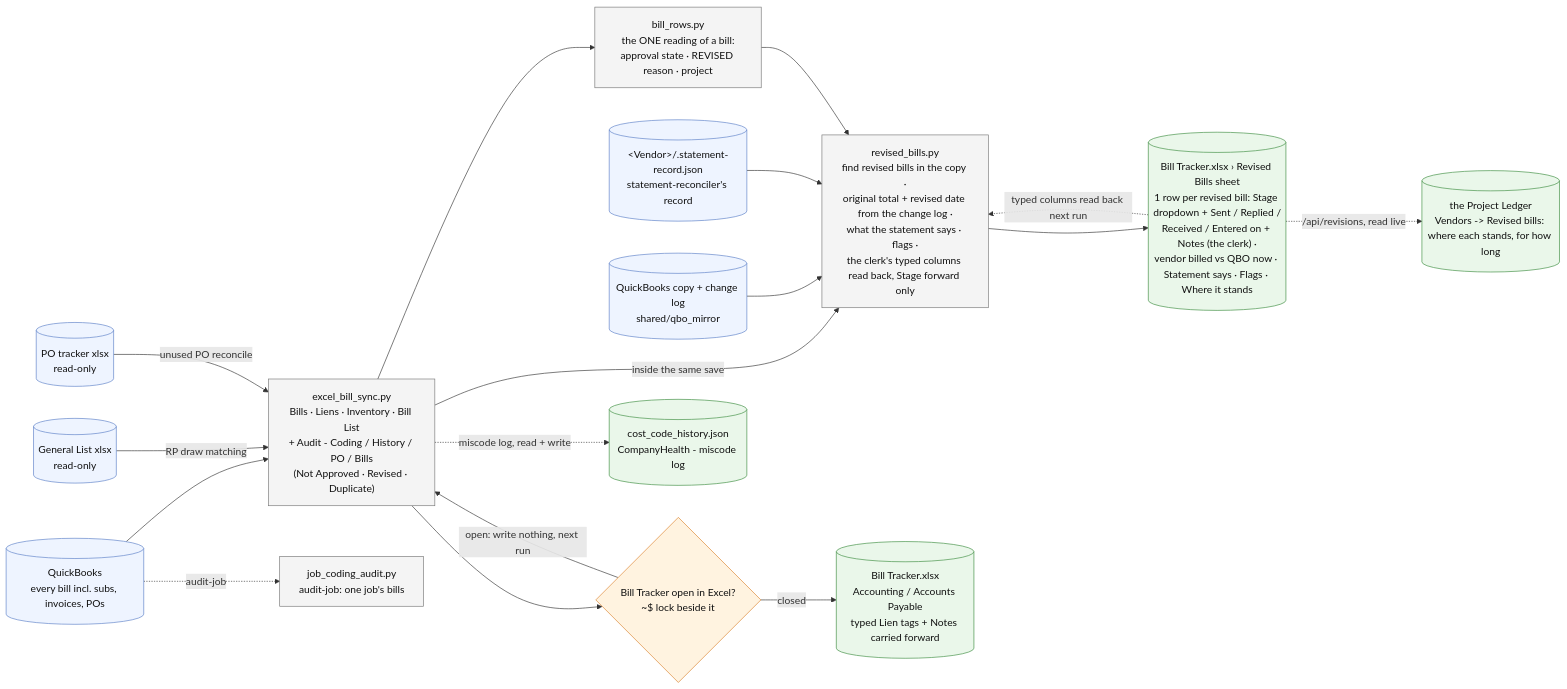
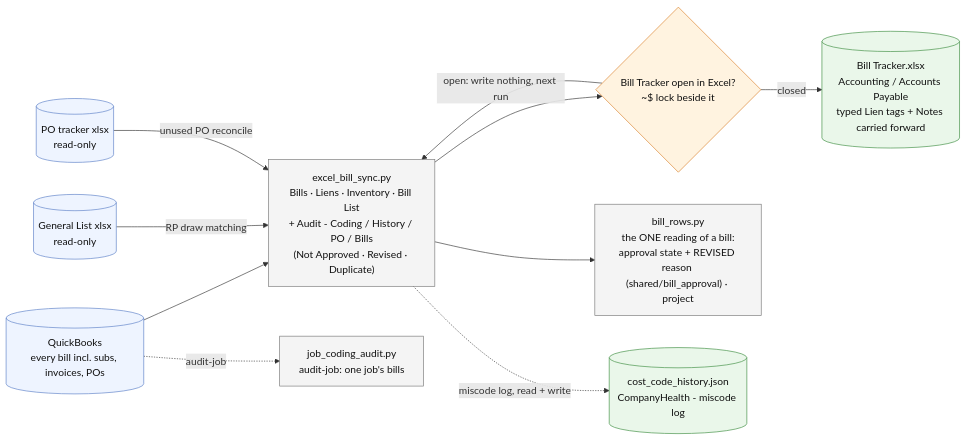
One commit to Ecarlo-Proficient/Claude-Report changed the diagram in bill-tracker/FLOW.md. Above: the diagram before and after it, drawn with Mermaid. The commit also changed other lines of this file and 18 other files, not shown here.

````diff
--- a/bill-tracker/FLOW.md
+++ b/bill-tracker/FLOW.md
@@ -8,40 +8,28 @@
 ```mermaid
 flowchart LR
     classDef src fill:#eef4ff,stroke:#5b7fc7,color:#111
     classDef tool fill:#f4f4f4,stroke:#777,color:#111
     classDef gate fill:#fff3e0,stroke:#d9822b,color:#111
     classDef out fill:#eaf7ea,stroke:#3c8d40,color:#111
 
     QBO[("QuickBooks<br/>every bill incl. subs, invoices, POs")]:::src
-    MIR[("QuickBooks copy + change log<br/>shared/qbo_mirror")]:::src
     GL[("General List xlsx<br/>read-only")]:::src
     POT[("PO tracker xlsx<br/>read-only")]:::src
-    SREC[("&lt;Vendor&gt;/.statement-record.json<br/>statement-reconciler's record")]:::src
     LOCK{"Bill Tracker open in Excel?<br/>~$ lock beside it"}:::gate
 
     BT["excel_bill_sync.py<br/>Bills · Liens · Inventory · Bill List<br/>+ Audit - Coding / History / PO / Bills<br/>(Not Approved · Revised · Duplicate)"]:::tool
-    BR["bill_rows.py<br/>the ONE reading of a bill:<br/>approval state · REVISED reason · project"]:::tool
-    RV["revised_bills.py<br/>find revised bills in the copy ·<br/>original total + revised date from the change log ·<br/>what the statement says · flags ·<br/>the clerk's typed columns read back, Stage forward only"]:::tool
+    BR["bill_rows.py<br/>the ONE reading of a bill:<br/>approval state + REVISED reason (shared/bill_approval) · project"]:::tool
     JCA["job_coding_audit.py<br/>audit-job: one job's bills"]:::tool
 
     BX[("Bill Tracker.xlsx<br/>Accounting / Accounts Payable<br/>typed Lien tags + Notes carried forward")]:::out
     CCH[("cost_code_history.json<br/>CompanyHealth - miscode log")]:::out
-    RVS[("Bill Tracker.xlsx › Revised Bills sheet<br/>1 row per revised bill: Stage dropdown + Sent / Replied /<br/>Received / Entered on + Notes (the clerk) ·<br/>vendor billed vs QBO now · Statement says · Flags · Where it stands")]:::out
-    LEDGER[("the Project Ledger<br/>Vendors -> Revised bills: where each stands, for how long")]:::out
 
     QBO --> BT
     BT --> BR
     GL -- "RP draw matching" --> BT
     POT -- "unused PO reconcile" --> BT
     BT --> LOCK -- "closed" --> BX
     LOCK -- "open: write nothing, next run" --> BT
     BT -. "miscode log, read + write" .-> CCH
     QBO -. "audit-job" .-> JCA
-    BT -- "inside the same save" --> RV
-    MIR --> RV
-    SREC --> RV
-    BR --> RV
-    RV --> RVS
-    RVS -. "typed columns read back next run" .-> RV
-    RVS -. "/api/revisions, read live" .-> LEDGER
 ```
````
